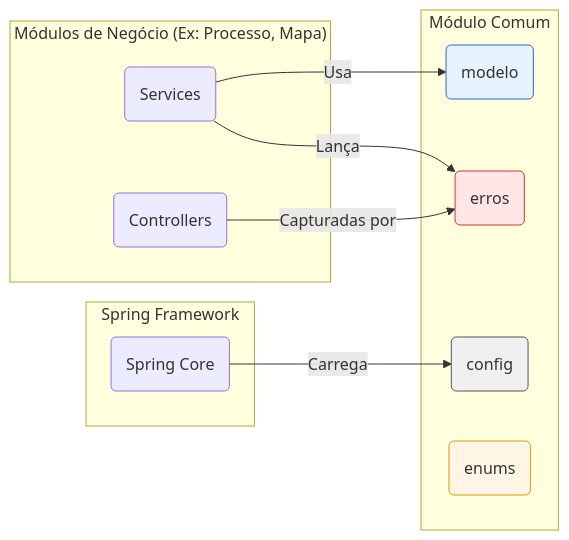
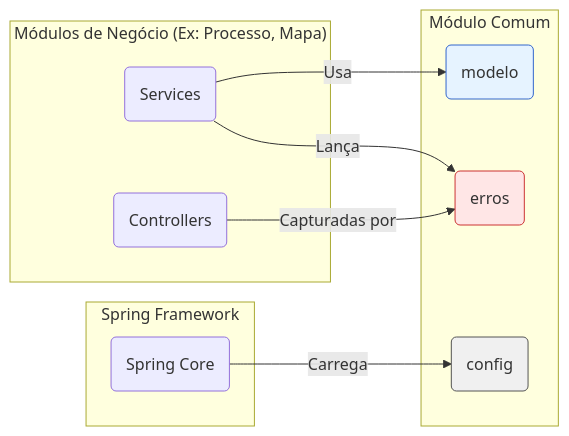
One commit to lgalvao/sgc changed the diagram in backend/src/main/java/sgc/comum/README.md. Above: the diagram before and after it, drawn with Mermaid. The commit also changed other lines of this file and 9 other files, not shown here.

````diff
--- a/backend/src/main/java/sgc/comum/README.md
+++ b/backend/src/main/java/sgc/comum/README.md
@@ -16,29 +15,27 @@
 ```mermaid
 graph LR
     subgraph "Módulos de Negócio (Ex: Processo, Mapa)"
         A(Services)
         B(Controllers)
     end
 
     subgraph "Módulo Comum"
         C(modelo)
         D(erros)
         E(config)
-        F(enums)
     end
 
     A -- Usa --> C
     A -- Lança --> D
     B -- Capturadas por --> D
 
     subgraph "Spring Framework"
         G(Spring Core)
     end
 
     G -- Carrega --> E
 
     style C fill:#e6f3ff,stroke:#36c
     style D fill:#ffe6e6,stroke:#c33
     style E fill:#f0f0f0,stroke:#555
-    style F fill:#fff5e6,stroke:#d90
 ```
````
